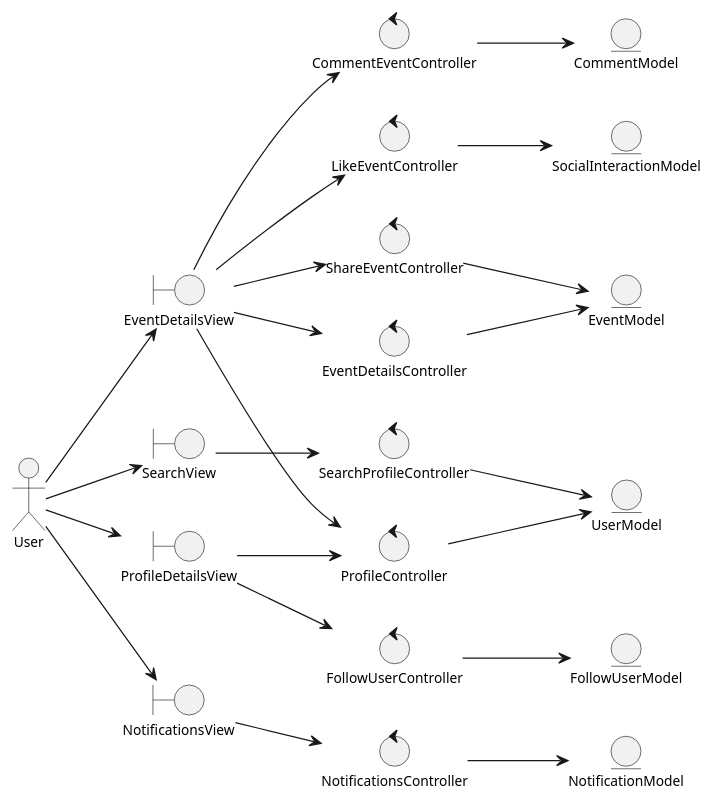
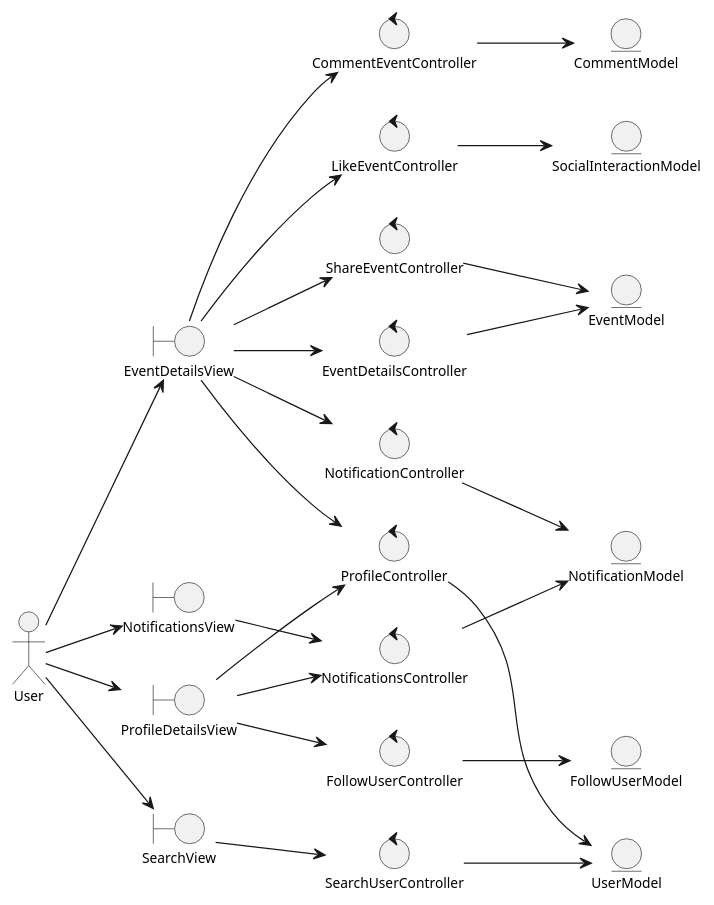
One commit to valeraruggierotesisucv/tesis-frameworks-mobile-diagrams changed the diagram in Análisis/Clases de Análisis/analysisClassDiagramSocialInteractions.plantuml. Above: the diagram before and after it, drawn with PlantUML. The commit also changed 14 other files, not shown here.

Commit message:
Update use case diagrams: renumber and reorganize use case identifiers across event management, social interactions, and user management packages

```diff
--- a/Análisis/Clases de Análisis/analysisClassDiagramSocialInteractions.plantuml
+++ b/Análisis/Clases de Análisis/analysisClassDiagramSocialInteractions.plantuml
@@ -1,55 +1,61 @@
 @startuml analysisClassDiagramSocialInteractions
 skinparam style strictuml
 left to right direction
 skinparam defaultTextAlignment center
 skinparam defaultFontSize 11
 
 actor "User" as user
 
 entity "UserModel" as userModel
 entity "EventModel" as eventModel
 entity "SocialInteractionModel" as socialInteractionModel
 entity "CommentModel" as commentModel
 entity "FollowUserModel" as followUserModel
 entity "NotificationModel" as notificationModel
+entity "NotificationModel" as notificationModel
 
 boundary "EventDetailsView" as eventDetailsView
 boundary "ProfileDetailsView" as profileDetailsView
 boundary "NotificationsView" as notificationsView
 boundary "SearchView" as searchView
 
 control "CommentEventController" as commentEventController
 control "LikeEventController" as likeEventController
 control "ShareEventController" as shareEventController
 control "FollowUserController" as followUserController
 control "NotificationsController" as notificationsController
-control "SearchProfileController" as searchProfileController
 control "EventDetailsController" as eventDetailsController
 control "ProfileController" as profileController
+control "SearchUserController" as searchUserController
+control "NotificationController" as notificationController
 
 user --> eventDetailsView
 user --> profileDetailsView
 user --> notificationsView
 user --> searchView
 
 eventDetailsView --> eventDetailsController
 eventDetailsView --> commentEventController
 eventDetailsView --> likeEventController
 eventDetailsView --> shareEventController
 eventDetailsView --> profileController
+eventDetailsView --> notificationController
+
 profileDetailsView --> followUserController
+profileDetailsView --> notificationsController
 notificationsView --> notificationsController
-searchView --> searchProfileController
+searchView --> searchUserController
 profileDetailsView --> profileController
 
 
 profileController --> userModel
 eventDetailsController --> eventModel
 commentEventController --> commentModel
 likeEventController --> socialInteractionModel
 shareEventController --> eventModel
 followUserController --> followUserModel
 notificationsController --> notificationModel
-searchProfileController --> userModel
+searchUserController --> userModel
+notificationController --> notificationModel
 
 @enduml
```
